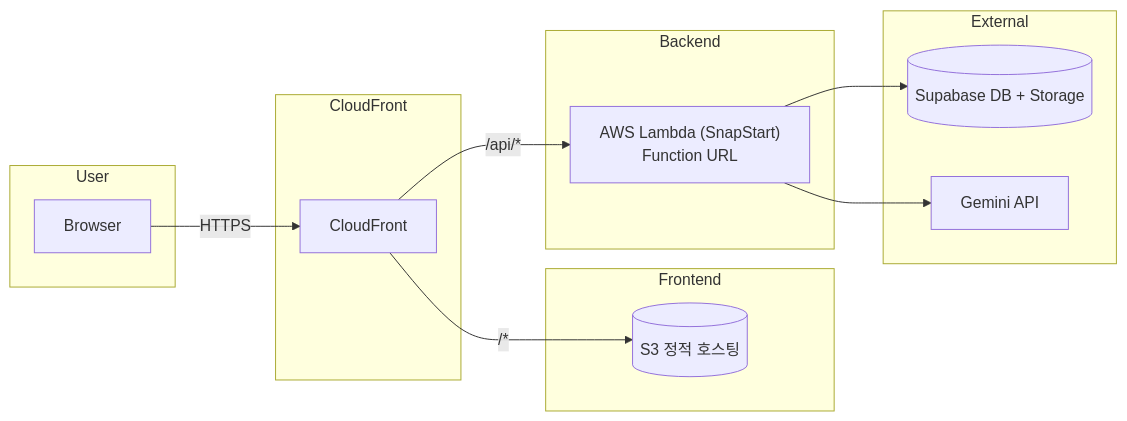
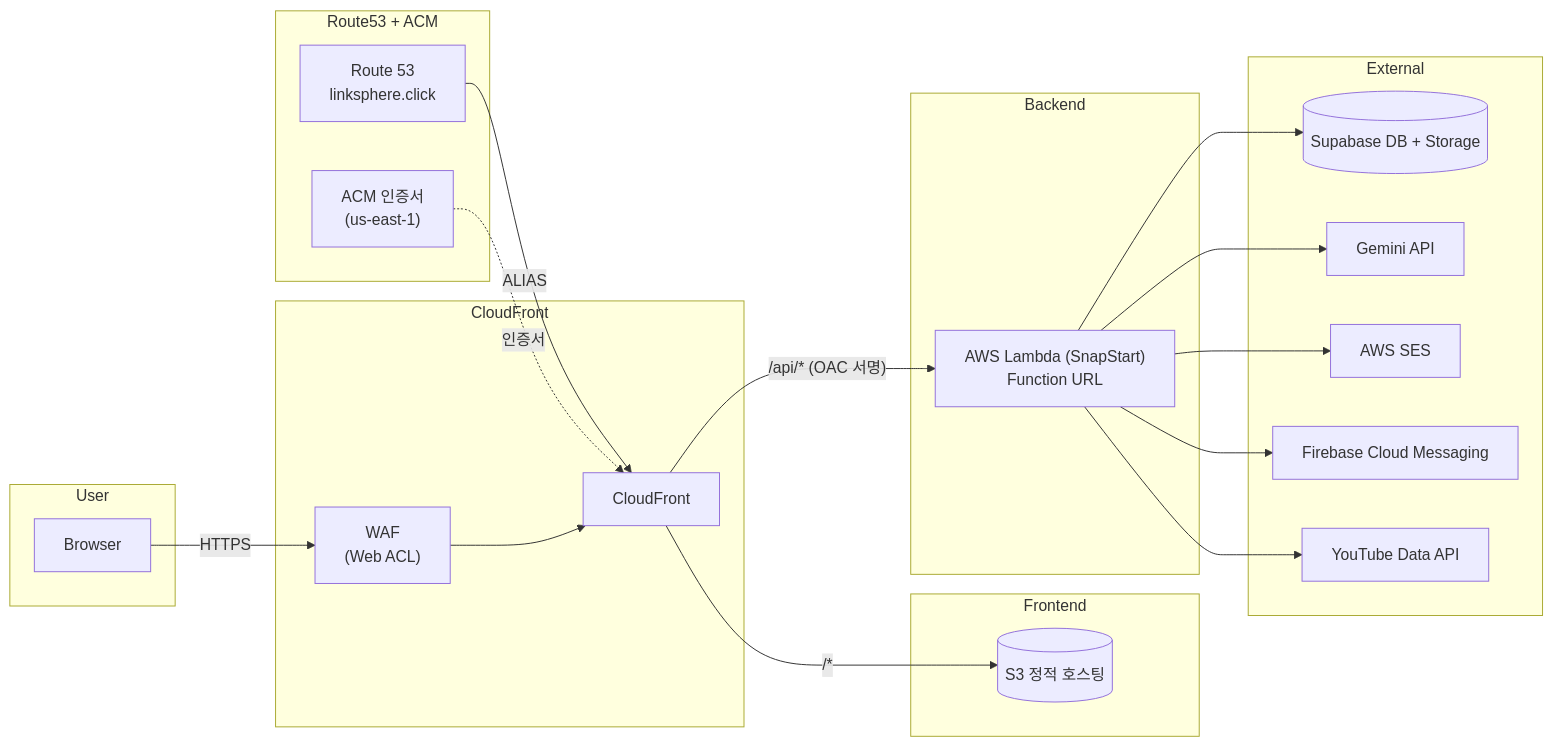
The first of 4 diagrams in docs/SYSTEM-ARCHITECTURE.md (BAECHAN/link-sphere_FE_NEW), drawn with Mermaid before and after one commit. The commit also changed other lines of this file and 26 other files, not shown here.

First line of the commit message:
docs(fe): AUTH·FE-ARCHITECTURE·CLAUDE.md 등 22개 문서 코드 동기화 (#251)

````diff
--- a/docs/SYSTEM-ARCHITECTURE.md
+++ b/docs/SYSTEM-ARCHITECTURE.md
@@ -12,24 +12,38 @@
 ```mermaid
 flowchart LR
   subgraph user [User]
     Browser[Browser]
   end
+  subgraph dns [Route53 + ACM]
+    R53["Route 53<br/>linksphere.click"]
+    ACMCert["ACM 인증서<br/>(us-east-1)"]
+  end
   subgraph edge [CloudFront]
+    WAF["WAF<br/>(Web ACL)"]
     CF[CloudFront]
   end
   subgraph fe [Frontend]
     S3[(S3 정적 호스팅)]
   end
   subgraph be [Backend]
     Lambda["AWS Lambda (SnapStart)<br/>Function URL"]
   end
   subgraph external [External]
     Supabase[(Supabase DB + Storage)]
     Gemini[Gemini API]
+    SES[AWS SES]
+    FCM[Firebase Cloud Messaging]
+    YouTube[YouTube Data API]
   end
-  Browser -->|HTTPS| CF
+  R53 -->|ALIAS| CF
+  ACMCert -.인증서.-> CF
+  Browser -->|HTTPS| WAF
+  WAF --> CF
   CF -->|"/*"| S3
-  CF -->|"/api/*"| Lambda
+  CF -->|"/api/* (OAC 서명)"| Lambda
   Lambda --> Supabase
   Lambda --> Gemini
+  Lambda --> SES
+  Lambda --> FCM
+  Lambda --> YouTube
 ```
````
